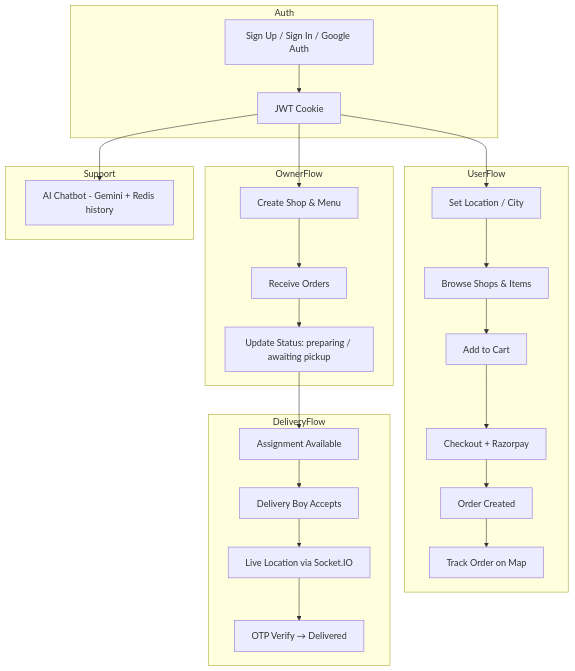
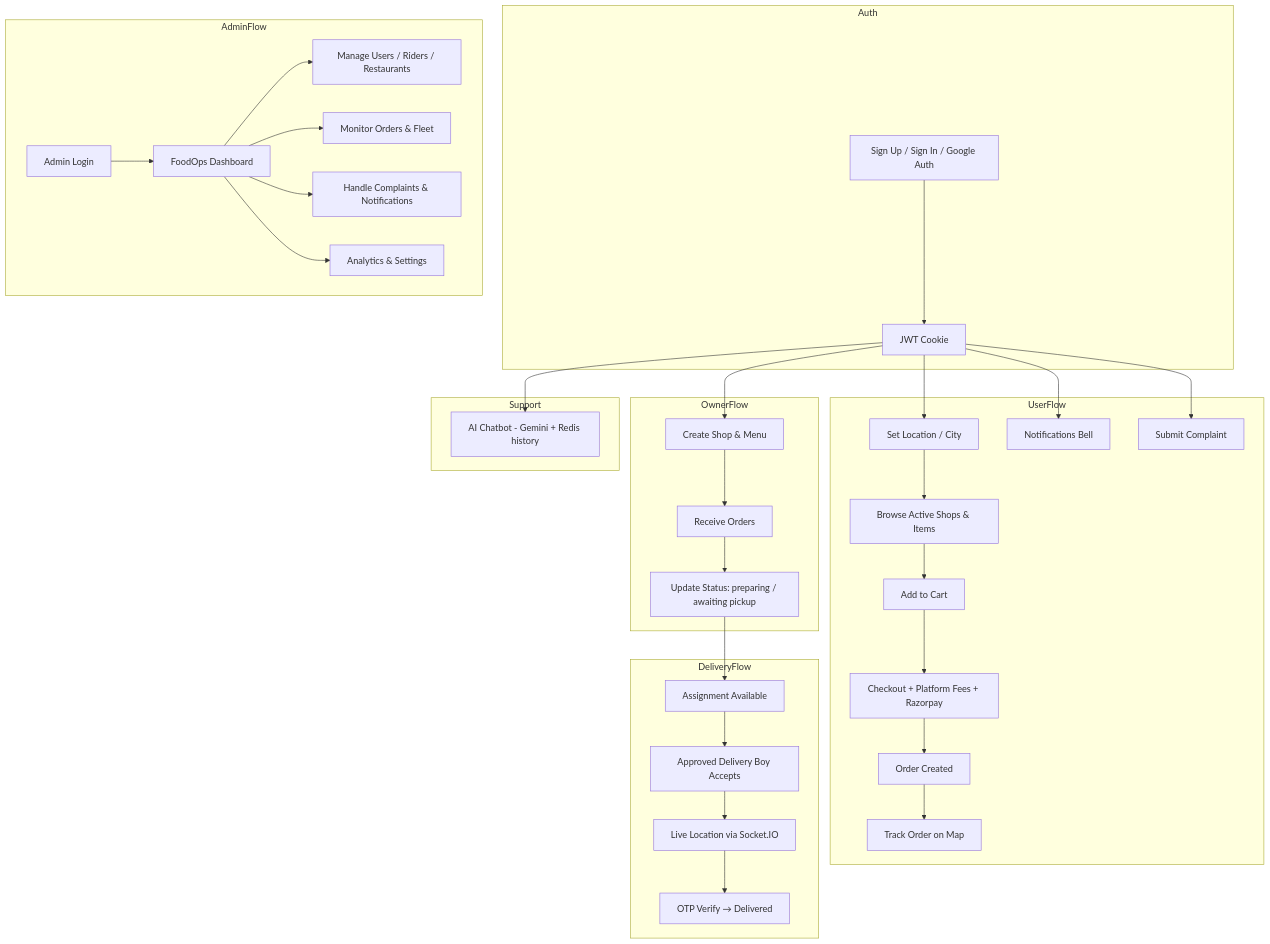
One commit to lavishdadwani/Sangam changed the diagram in README.md. Above: the diagram before and after it, drawn with Mermaid. The commit also changed other lines of this file and 1 other file, not shown here.

````diff
--- a/README.md
+++ b/README.md
@@ -117,32 +156,42 @@
 ```mermaid
 flowchart TB
     subgraph Auth
         A[Sign Up / Sign In / Google Auth] --> B[JWT Cookie]
     end
 
     subgraph UserFlow
         B --> C[Set Location / City]
-        C --> D[Browse Shops & Items]
+        C --> D[Browse Active Shops & Items]
         D --> E[Add to Cart]
-        E --> F[Checkout + Razorpay]
+        E --> F[Checkout + Platform Fees + Razorpay]
         F --> G[Order Created]
         G --> H[Track Order on Map]
+        B --> NC[Notifications Bell]
+        B --> CP[Submit Complaint]
     end
 
     subgraph OwnerFlow
         B --> I[Create Shop & Menu]
         I --> J[Receive Orders]
         J --> K[Update Status: preparing / awaiting pickup]
     end
 
     subgraph DeliveryFlow
         K --> L[Assignment Available]
-        L --> M[Delivery Boy Accepts]
+        L --> M[Approved Delivery Boy Accepts]
         M --> N[Live Location via Socket.IO]
         N --> O[OTP Verify → Delivered]
     end
 
     subgraph Support
         B --> P[AI Chatbot - Gemini + Redis history]
     end
+
+    subgraph AdminFlow
+        Q[Admin Login] --> R[FoodOps Dashboard]
+        R --> S[Manage Users / Riders / Restaurants]
+        R --> T[Monitor Orders & Fleet]
+        R --> U[Handle Complaints & Notifications]
+        R --> V[Analytics & Settings]
+    end
 ```
````
